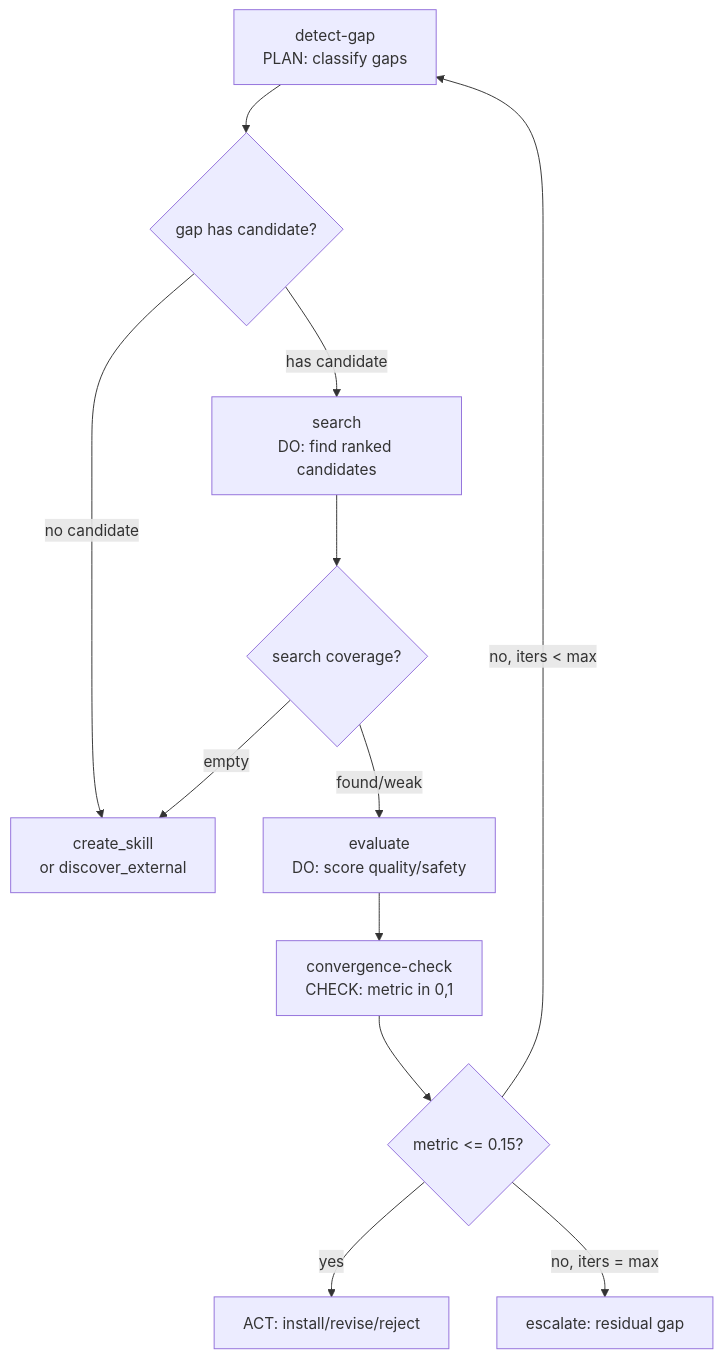
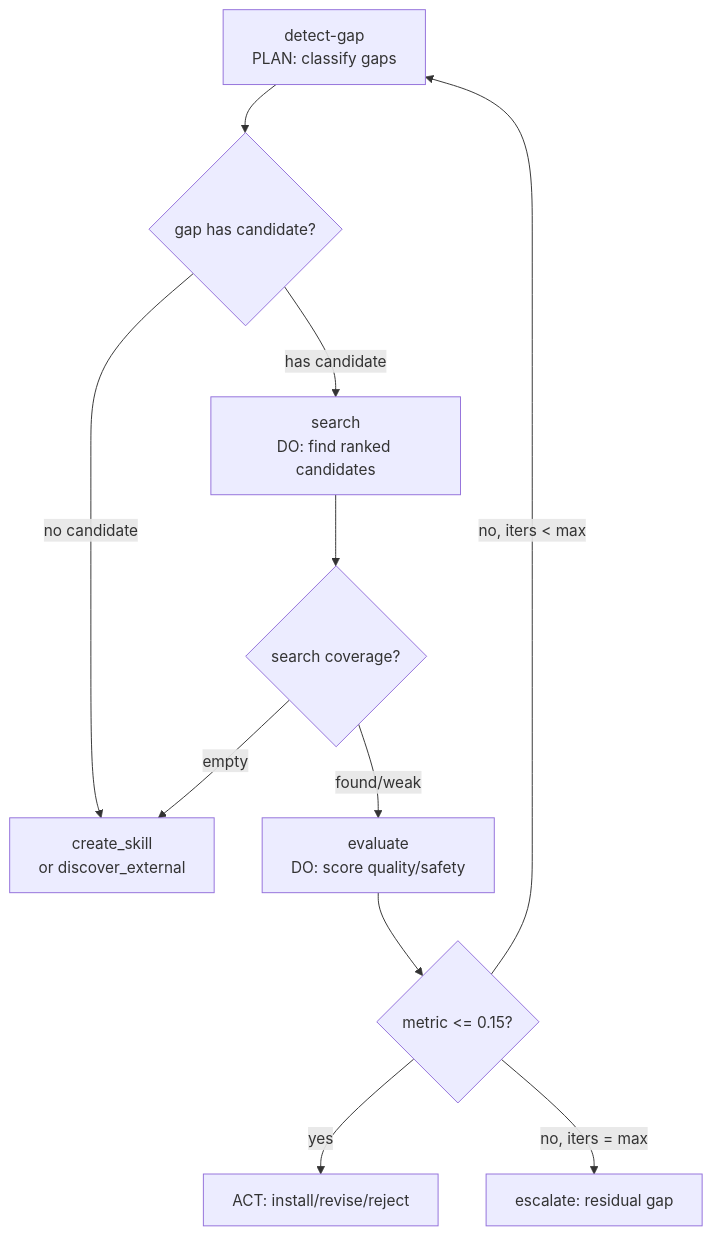
Before and after one commit to mdz-axo/zed-kask: the first of 2 diagrams in .agents/skills/skill-discovery/SKILL.md, drawn with Mermaid. The commit also changed other lines of this file and 11 other files, not shown here.

````diff
--- a/.agents/skills/skill-discovery/SKILL.md
+++ b/.agents/skills/skill-discovery/SKILL.md
@@ -72,14 +62,13 @@
 ```mermaid
 flowchart TD
     A[detect-gap<br/>PLAN: classify gaps] --> B{gap has candidate?}
     B -- no candidate --> C[create_skill<br/>or discover_external]
     B -- has candidate --> D[search<br/>DO: find ranked candidates]
     D --> E{search coverage?}
     E -- found/weak --> F[evaluate<br/>DO: score quality/safety]
     E -- empty --> C
-    F --> G[convergence-check<br/>CHECK: metric in 0,1]
-    G --> H{metric <= 0.15?}
+    F --> H{metric <= 0.15?}
     H -- no, iters < max --> A
     H -- yes --> I[ACT: install/revise/reject]
     H -- no, iters = max --> J[escalate: residual gap]
 ```
````
